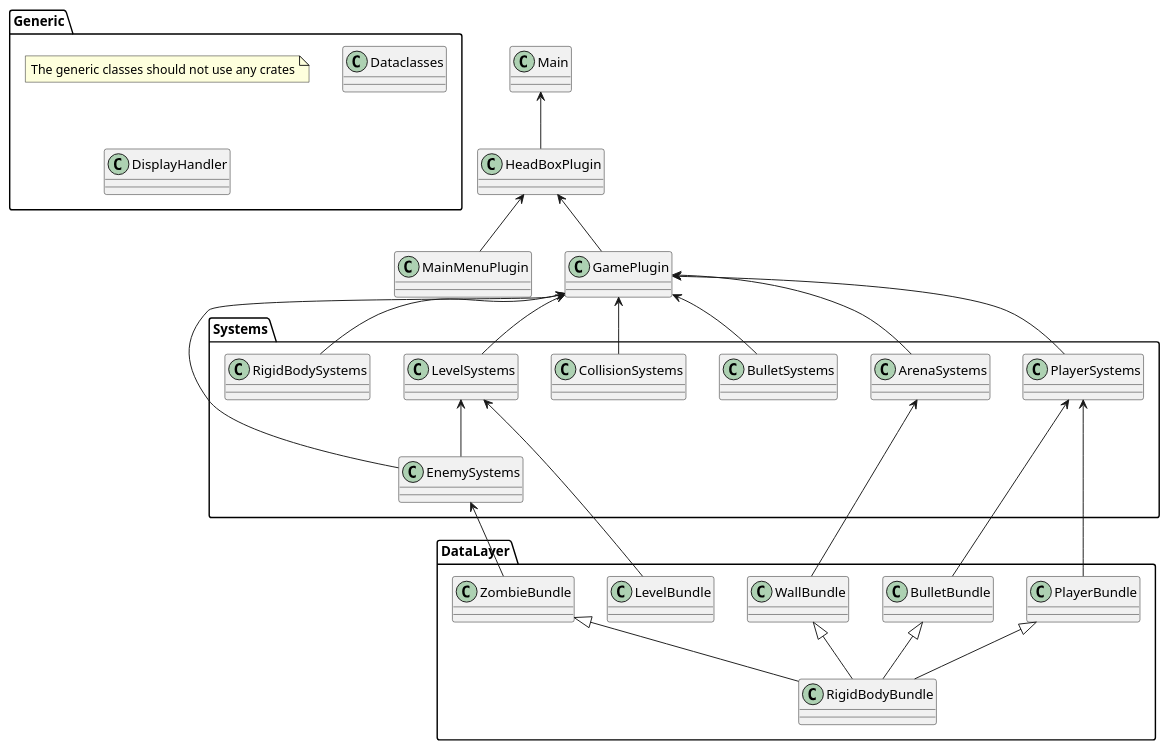
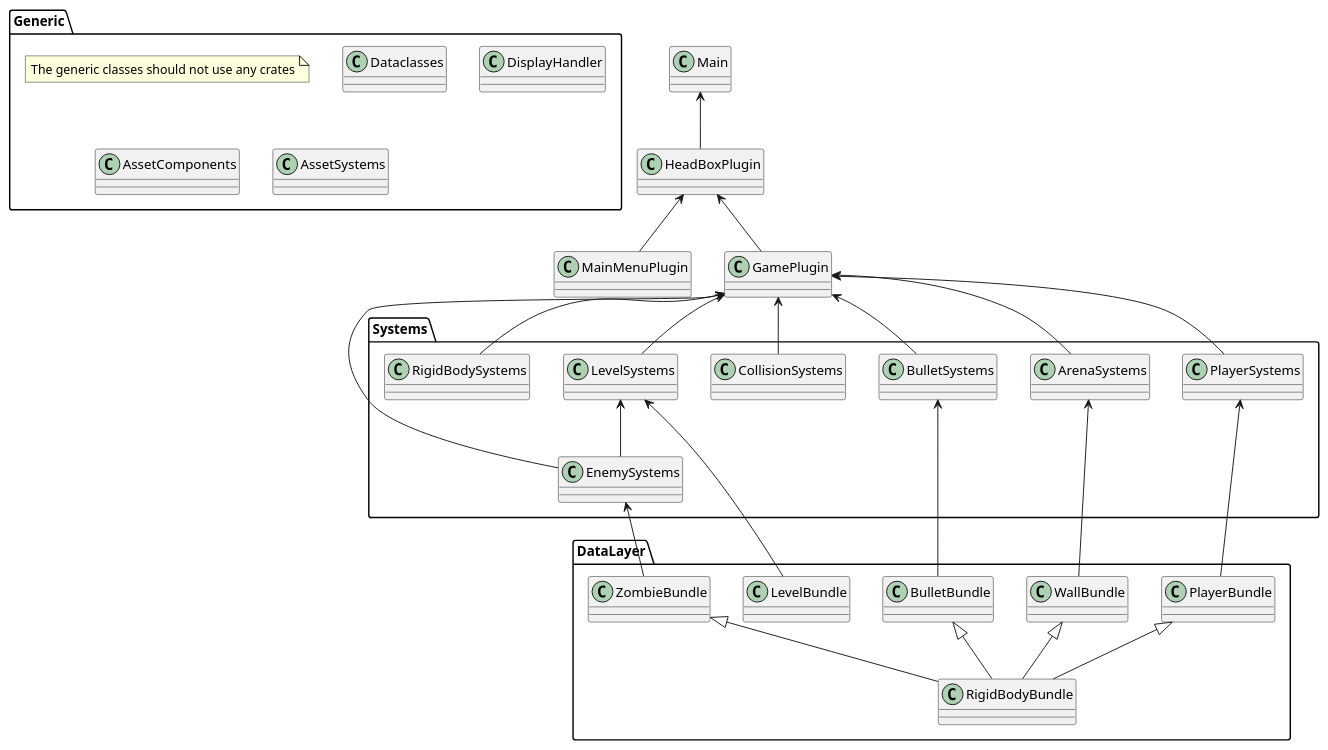
One commit to LuukHenk/head_box changed the diagram in docs/class_layout.puml. Above: the diagram before and after it, drawn with PlantUML. The commit also changed 5 other files, not shown here.

Commit message:
decoupled the player and bullet via event

```diff
--- a/docs/class_layout.puml
+++ b/docs/class_layout.puml
@@ -1,59 +1,61 @@
 @startuml
 class Main
 class HeadBoxPlugin
 class MainMenuPlugin
 class GamePlugin
 
 
 package Generic {
     note "The generic classes should not use any crates" as N1
     class Dataclasses
     class DisplayHandler
+    class AssetComponents
+    class AssetSystems
 }
 
 package Systems {
     class PlayerSystems
     class BulletSystems
     class EnemySystems
     class CollisionSystems
     class LevelSystems
     class RigidBodySystems
     class ArenaSystems
 }
 
 package DataLayer {
     class PlayerBundle
     class BulletBundle
     class ZombieBundle
     class WallBundle
     class LevelBundle
     class RigidBodyBundle
 
 }
 Main <-- HeadBoxPlugin
 
 HeadBoxPlugin <-- MainMenuPlugin
 HeadBoxPlugin <-- GamePlugin
 
 GamePlugin <-- PlayerSystems
 GamePlugin <-- BulletSystems
 GamePlugin <-- EnemySystems
 GamePlugin <-- CollisionSystems
 GamePlugin <-- LevelSystems
 GamePlugin <-- RigidBodySystems
 GamePlugin <-- ArenaSystems
 
 PlayerSystems <-- PlayerBundle
-PlayerSystems <-- BulletBundle
+BulletSystems <-- BulletBundle
 EnemySystems <-- ZombieBundle
 ArenaSystems <-- WallBundle
 LevelSystems <-- LevelBundle
 LevelSystems <-- EnemySystems
 
 
 WallBundle <|-- RigidBodyBundle
 ZombieBundle <|-- RigidBodyBundle
 BulletBundle <|-- RigidBodyBundle
 PlayerBundle <|-- RigidBodyBundle
 
 @enduml
```
